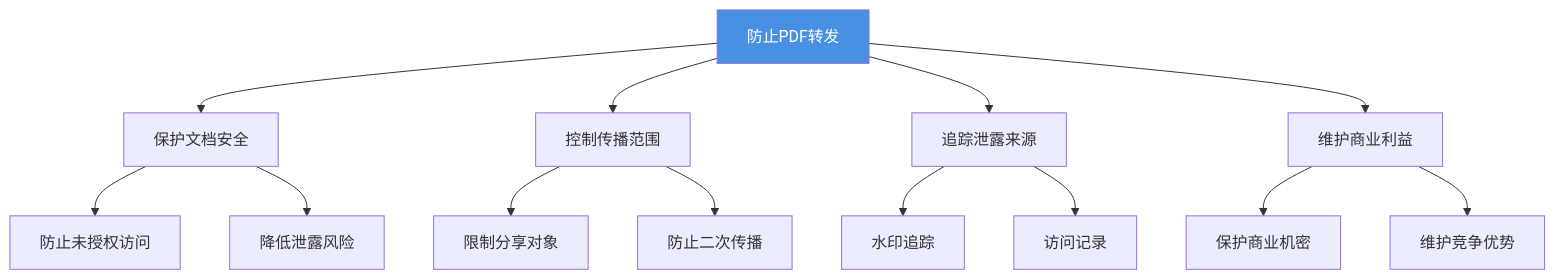
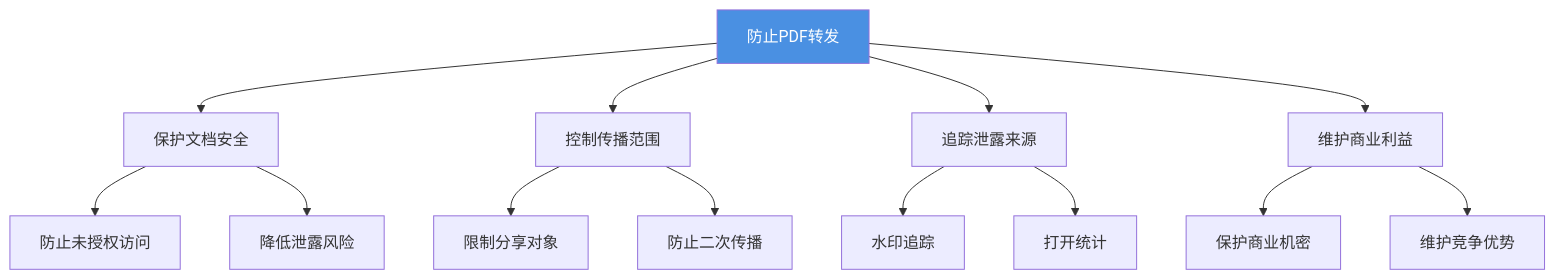
Before and after one commit to mythenigma/cloudflareAstro: the first of 6 diagrams in src/content/blog/cn/pdf-prevent-forwarding-guide.md, drawn with Mermaid. The commit also changed other lines of this file and 353 other files, not shown here.

````diff
--- a/src/content/blog/cn/pdf-prevent-forwarding-guide.md
+++ b/src/content/blog/cn/pdf-prevent-forwarding-guide.md
@@ -45,21 +45,21 @@
 ```mermaid
 graph TD
     A[防止PDF转发] --> B[保护文档安全]
     A --> C[控制传播范围]
     A --> D[追踪泄露来源]
     A --> E[维护商业利益]
     
     B --> B1[防止未授权访问]
     B --> B2[降低泄露风险]
     
     C --> C1[限制分享对象]
     C --> C2[防止二次传播]
     
     D --> D1[水印追踪]
-    D --> D2[访问记录]
+    D --> D2[打开统计]
     
     E --> E1[保护商业机密]
     E --> E2[维护竞争优势]
     
     style A fill:#4A90E2,color:#fff
 ```
````
